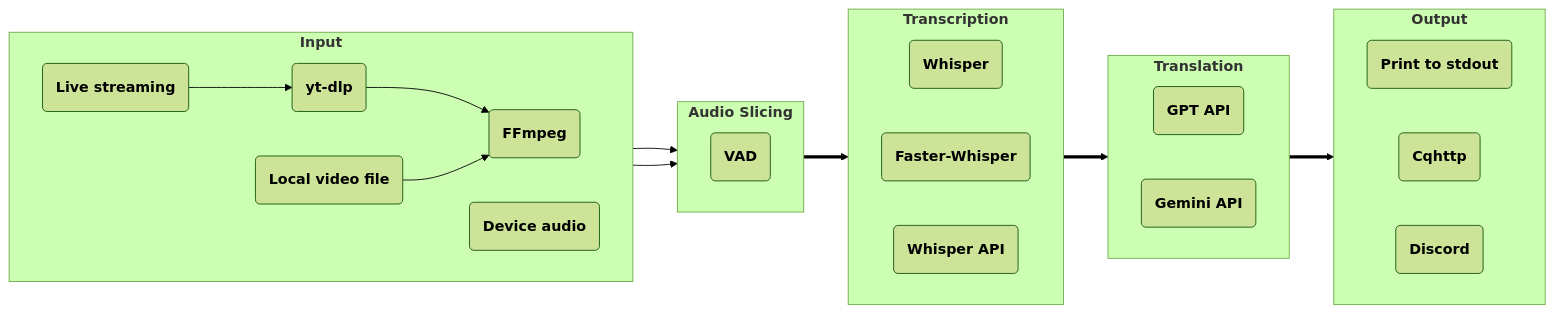
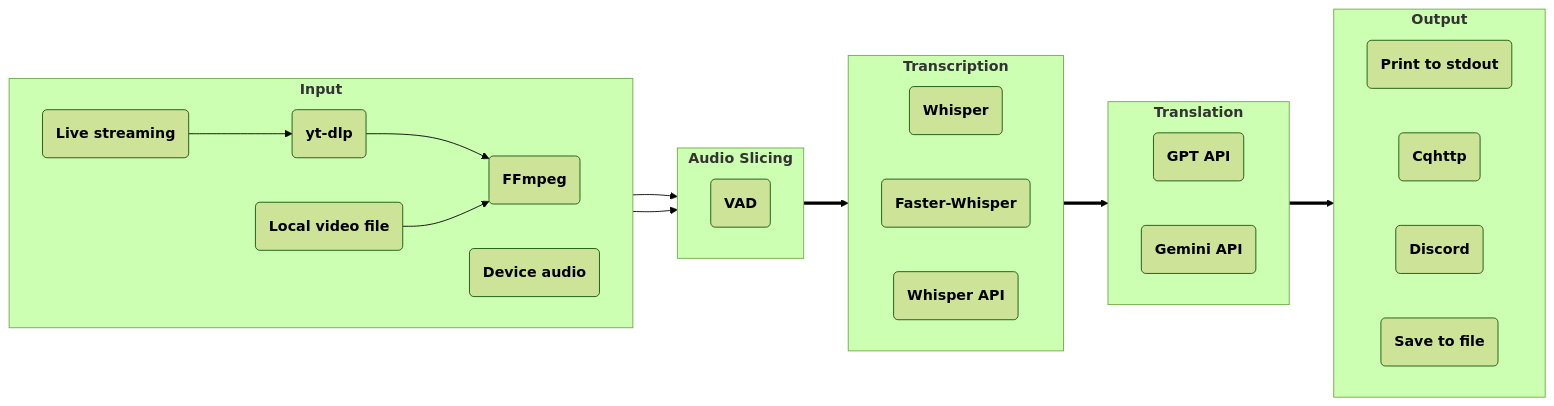
One commit to whizyre/stream-translator-gpt-deepseek changed the diagram in README.md. Above: the diagram before and after it, drawn with Mermaid (forest theme). The commit also changed 1 other file, not shown here.

````diff
--- a/README.md
+++ b/README.md
@@ -7,40 +7,41 @@
 ```mermaid
 flowchart LR
     subgraph ga["`**Input**`"]
         direction LR
         aa("`**FFmpeg**`")
         ab("`**Device audio**`")
         ac("`**yt-dlp**`")
         ad("`**Local video file**`")
         ae("`**Live streaming**`")
         ac --> aa
         ad --> aa
         ae --> ac
     end
     subgraph gb["`**Audio Slicing**`"]
         direction LR
         ba("`**VAD**`")
     end
     subgraph gc["`**Transcription**`"]
         direction LR
         ca("`**Whisper**`")
         cb("`**Faster-Whisper**`")
         cc("`**Whisper API**`")
     end
     subgraph gd["`**Translation**`"]
         direction LR
         da("`**GPT API**`")
         db("`**Gemini API**`")
     end
     subgraph ge["`**Output**`"]
         direction LR
         ea("`**Print to stdout**`")
         eb("`**Cqhttp**`")
         ec("`**Discord**`")
+        ed("`**Save to file**`")
     end
     aa --> gb
     ab --> gb
     gb ==> gc
     gc ==> gd
     gd ==> ge
 ```
````
